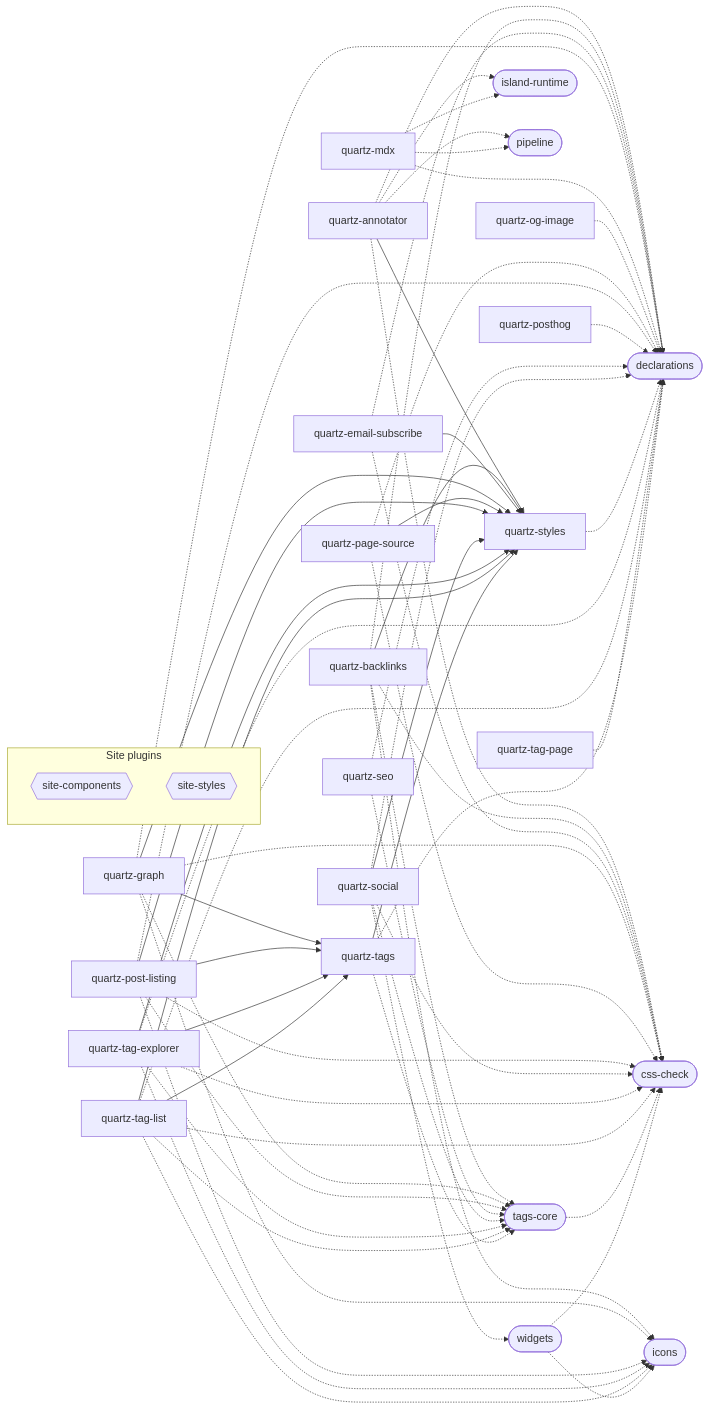
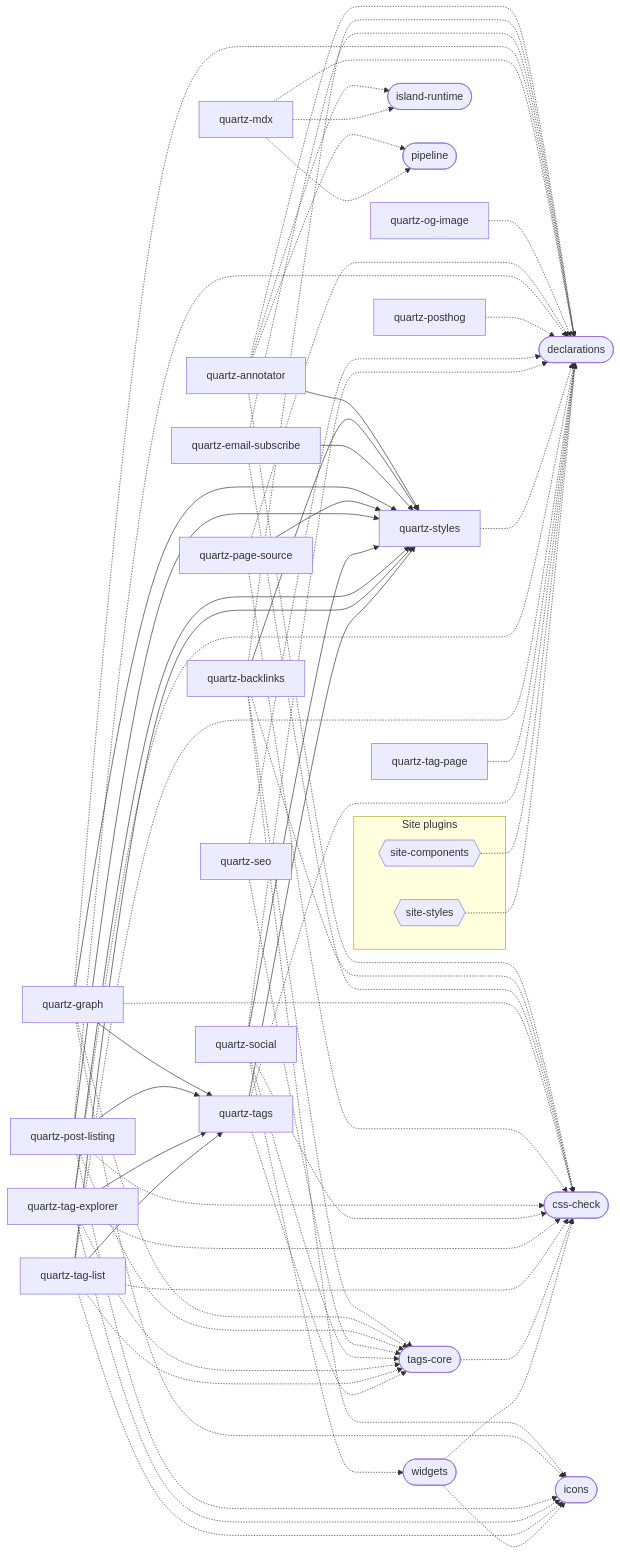
One commit to chaoticgoodcomputing/blog changed the diagram in content/public/tags/projects/site/plugins/index.md. Above: the diagram before and after it, drawn with Mermaid. The commit also changed 28 other files, not shown here.

```diff
--- a/content/public/tags/projects/site/plugins/index.md
+++ b/content/public/tags/projects/site/plugins/index.md
@@ -102,6 +102,8 @@
   library_tags_core -.-> library_css_check
   library_widgets -.-> library_css_check
   library_widgets -.-> library_icons
+  site_plugin_site_components -.-> library_declarations
+  site_plugin_site_styles -.-> library_declarations
   click plugin_quartz_annotator "/plugins/quartz-annotator"
   click plugin_quartz_backlinks "/plugins/quartz-backlinks"
   click plugin_quartz_email_subscribe "/plugins/quartz-email-subscribe"
```
